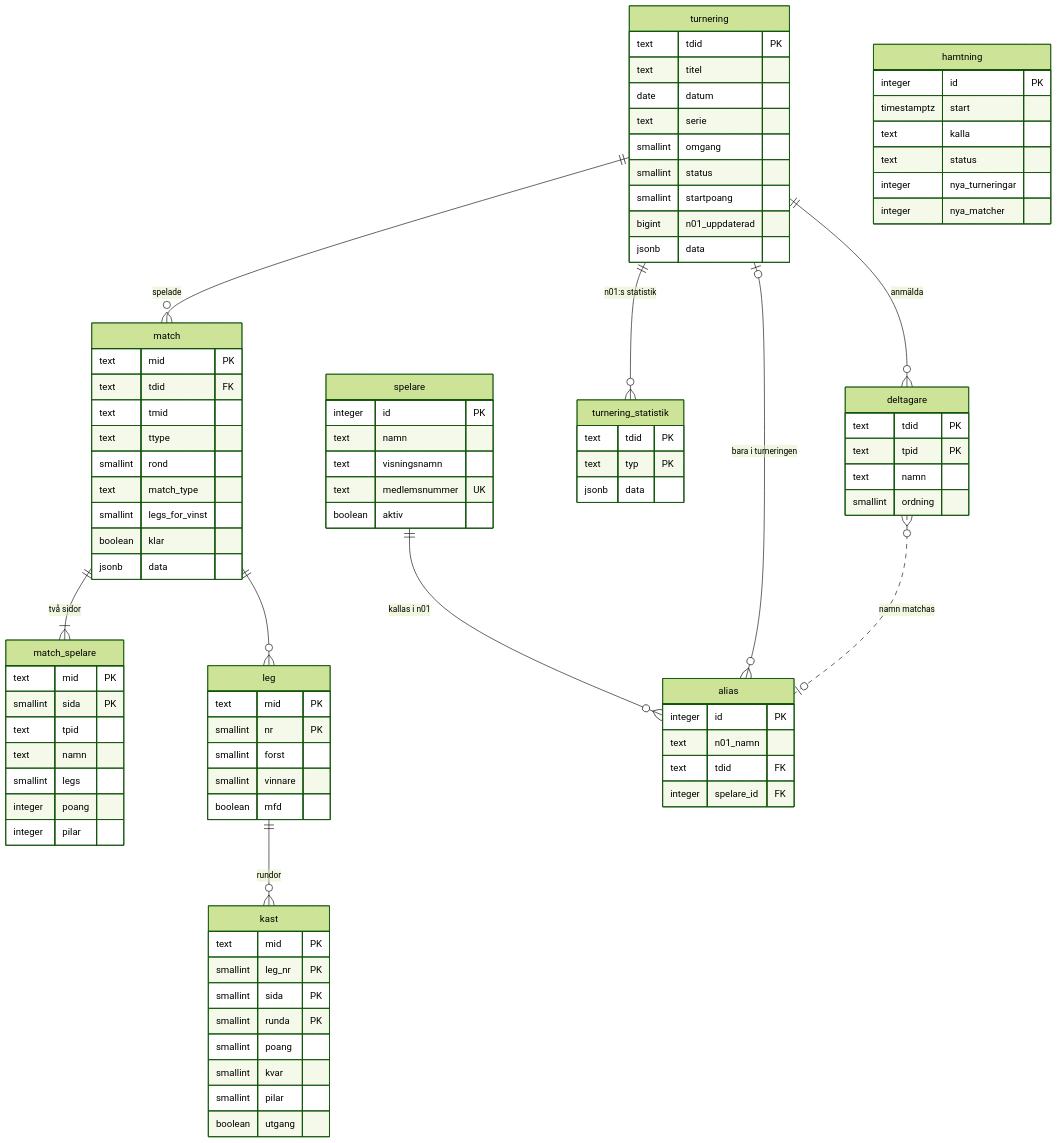
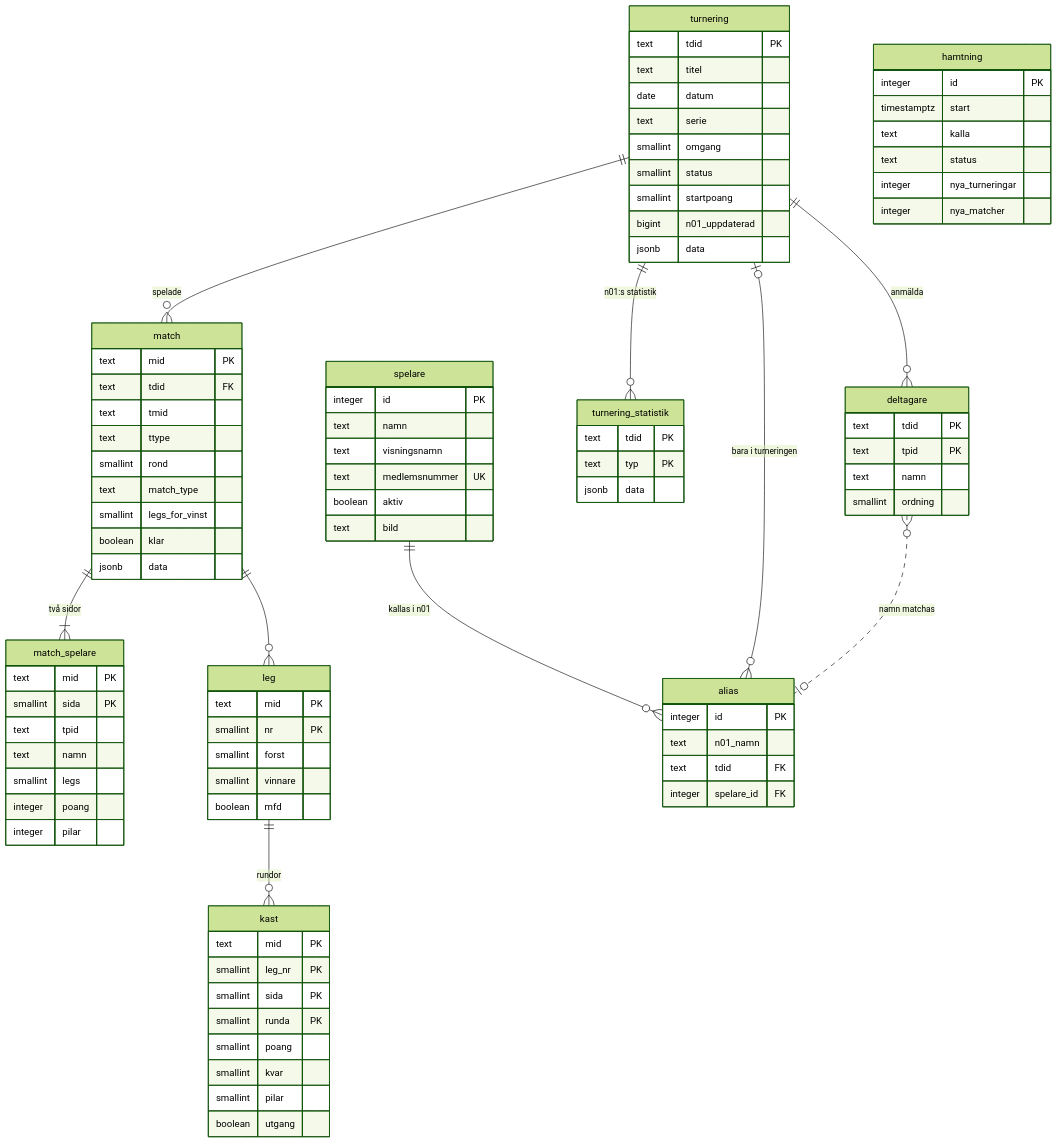
The first of 2 diagrams in docs/datamodell.md (Lunkster/bdc-statistik), drawn with Mermaid (forest theme) before and after one commit. The commit also changed other lines of this file and 17 other files, not shown here.

```diff
--- a/docs/datamodell.md
+++ b/docs/datamodell.md
@@ -79,6 +79,7 @@
     text visningsnamn
     text medlemsnummer UK
     boolean aktiv
+    text bild
   }
   alias {
     integer id PK
```
